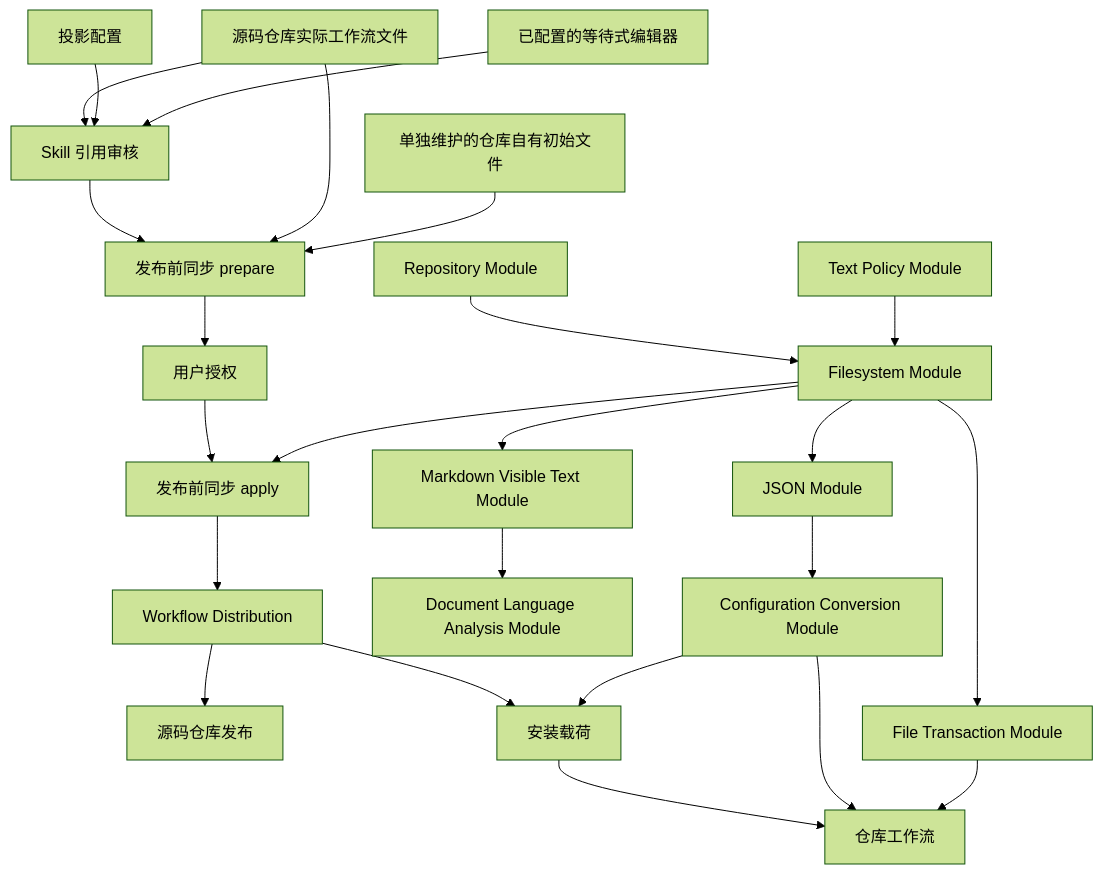
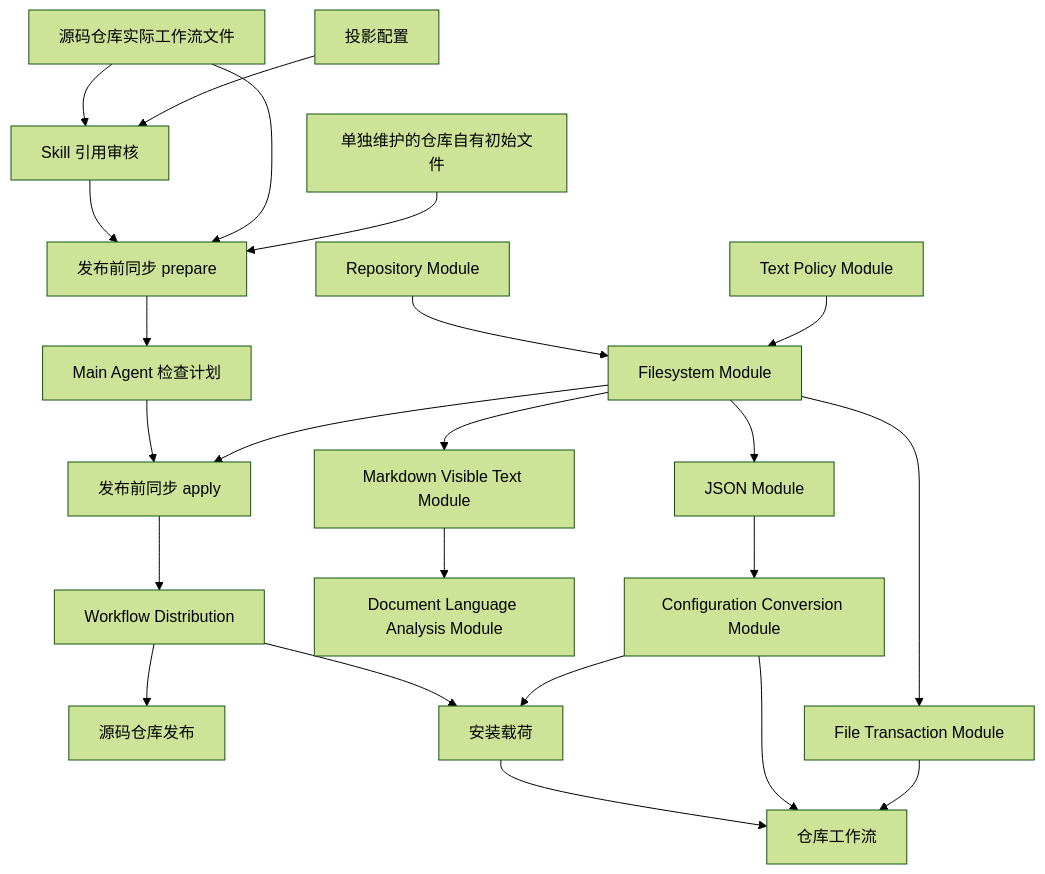
The diagram in docs/specs/agent-repository-workflow-development/spec.md (pellorao/agent-repository-workflow), drawn with Mermaid (forest theme) before and after one commit. The commit also changed other lines of this file and 16 other files, not shown here.

First line of the commit message:
feat: 发布前同步改由 Main Agent 完成引用审核与 apply 授权

````diff
--- a/docs/specs/agent-repository-workflow-development/spec.md
+++ b/docs/specs/agent-repository-workflow-development/spec.md
@@ -422,26 +419,25 @@
 ```mermaid
 flowchart TD
   Actual[源码仓库实际工作流文件] --> Review[Skill 引用审核]
   ProjectionConfig[投影配置] --> Review
-  ReviewEditor[已配置的等待式编辑器] --> Review
   Review --> SyncPrepare[发布前同步 prepare]
   Actual --> SyncPrepare
   Seeds[单独维护的仓库自有初始文件] --> SyncPrepare
-  SyncPrepare --> Authorization[用户授权]
+  SyncPrepare --> Authorization[Main Agent 检查计划]
   Authorization --> SyncApply[发布前同步 apply]
   SyncApply --> Distribution[Workflow Distribution]
   Distribution --> Release[源码仓库发布]
   Distribution --> Installation[安装载荷]
   Installation --> RepositoryWorkflow[仓库工作流]
   RepositoryModule[Repository Module] --> Filesystem[Filesystem Module]
   Filesystem --> Transaction[File Transaction Module]
   Filesystem --> SyncApply
   Filesystem --> JSON[JSON Module]
   Filesystem --> Markdown[Markdown Visible Text Module]
   Markdown --> Language[Document Language Analysis Module]
   JSON --> Conversion[Configuration Conversion Module]
   Conversion --> Installation
   Conversion --> RepositoryWorkflow
   TextPolicy[Text Policy Module] --> Filesystem
   Transaction --> RepositoryWorkflow
 ```
````
